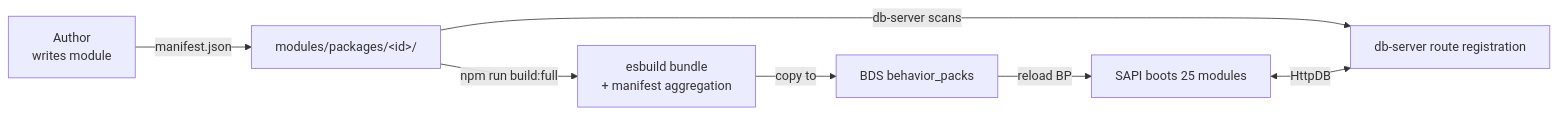
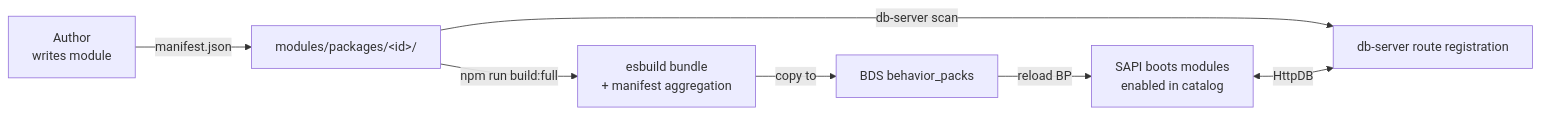
The second of 2 diagrams in README.en.md (DogeLakeDev/ScriptsForMinecraftServer), drawn with Mermaid before and after one commit. The commit also changed other lines of this file and 100 other files, not shown here.

````diff
--- a/README.en.md
+++ b/README.en.md
@@ -129,9 +129,9 @@
 ```mermaid
 flowchart LR
     A["Author<br/>writes module"] -->|manifest.json| B["modules/packages/&lt;id&gt;/"]
     B -->|npm run build:full| C["esbuild bundle<br/>+ manifest aggregation"]
     C -->|copy to| D["BDS behavior_packs"]
-    D -->|reload BP| E["SAPI boots 25 modules"]
-    B -->|db-server scans| F["db-server route registration"]
+    D -->|reload BP| E["SAPI boots modules<br/>enabled in catalog"]
+    B -->|db-server scan| F["db-server route registration"]
     E <-->|HttpDB| F
 ```
````
